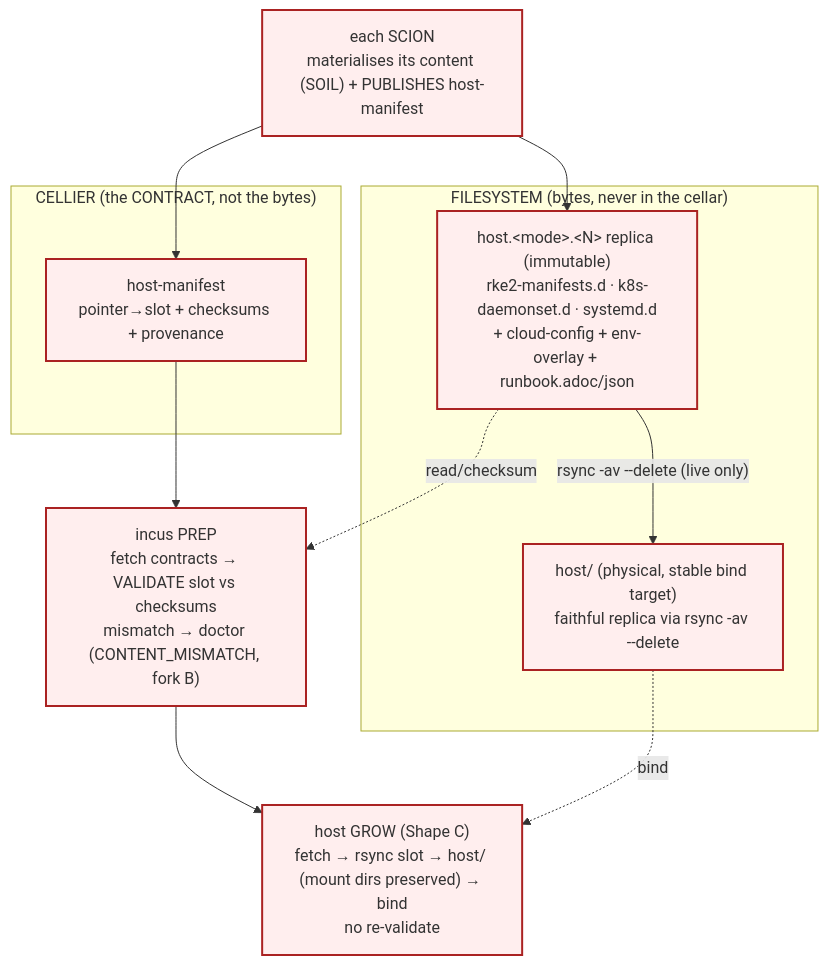
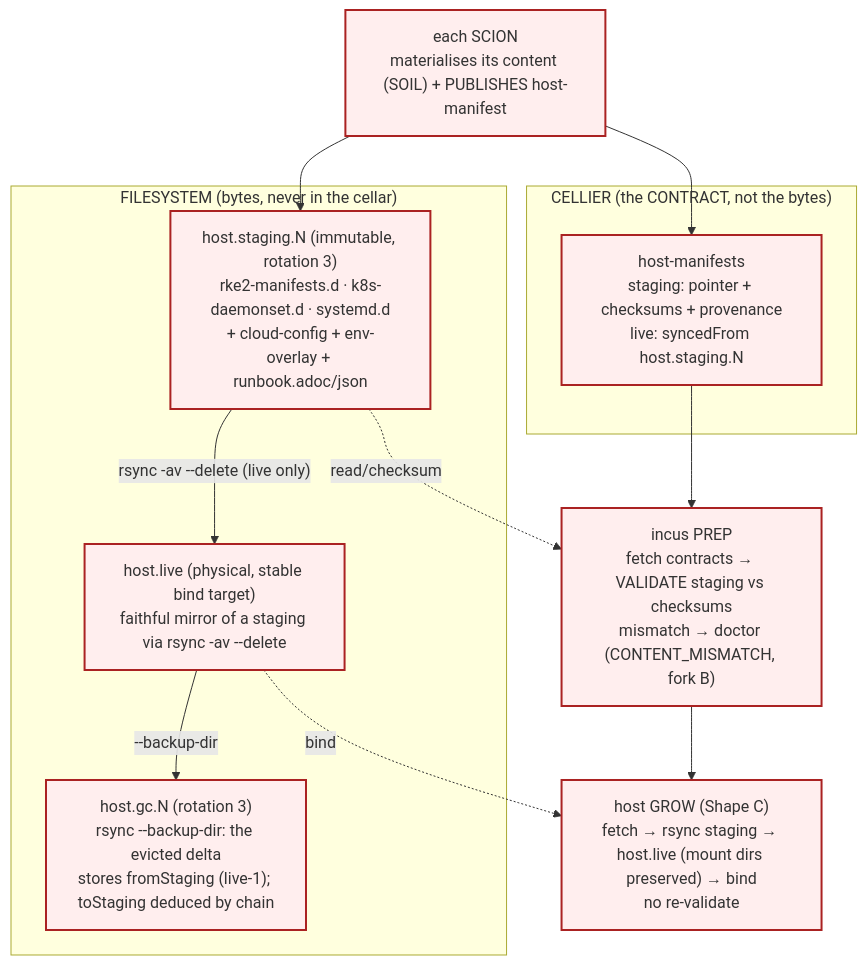
One commit to nxmatic/rke2lab changed the seventh of 7 diagrams in docs/architecture/atlas/seed.adoc. Above: the diagram before and after it, drawn with Mermaid. The commit also changed other lines of this file and 2 other files, not shown here.

First line of the commit message:
docs(host-cellar): the three fixed places — host.staging.N → host.live → host.gc.N

```diff
--- a/docs/architecture/atlas/seed.adoc
+++ b/docs/architecture/atlas/seed.adoc
@@ -531,24 +534,26 @@
 [mermaid]
 ....
 flowchart TB
   subgraph fs["FILESYSTEM (bytes, never in the cellar)"]
-    hn["host.&lt;mode&gt;.&lt;N&gt; replica (immutable)<br/>rke2-manifests.d · k8s-daemonset.d · systemd.d<br/>+ cloud-config + env-overlay + runbook.adoc/json"]
-    live["host/ (physical, stable bind target)<br/>faithful replica via rsync -av --delete"]
+    stg["host.staging.N (immutable, rotation 3)<br/>rke2-manifests.d · k8s-daemonset.d · systemd.d<br/>+ cloud-config + env-overlay + runbook.adoc/json"]
+    live["host.live (physical, stable bind target)<br/>faithful mirror of a staging via rsync -av --delete"]
+    gc["host.gc.N (rotation 3)<br/>rsync --backup-dir: the evicted delta<br/>stores fromStaging (live-1); toStaging deduced by chain"]
   end
   subgraph cel["CELLIER (the CONTRACT, not the bytes)"]
-    hm["host-manifest<br/>pointer→slot + checksums + provenance"]
+    hm["host-manifests<br/>staging: pointer + checksums + provenance<br/>live: syncedFrom host.staging.N"]
   end
   scion["each SCION<br/>materialises its content (SOIL) + PUBLISHES host-manifest"]
-  prep["incus PREP<br/>fetch contracts → VALIDATE slot vs checksums<br/>mismatch → doctor (CONTENT_MISMATCH, fork B)"]
-  grow["host GROW (Shape C)<br/>fetch → rsync slot → host/ (mount dirs preserved) → bind<br/>no re-validate"]
-  scion --> hn
+  prep["incus PREP<br/>fetch contracts → VALIDATE staging vs checksums<br/>mismatch → doctor (CONTENT_MISMATCH, fork B)"]
+  grow["host GROW (Shape C)<br/>fetch → rsync staging → host.live (mount dirs preserved) → bind<br/>no re-validate"]
+  scion --> stg
   scion --> hm
   hm --> prep
-  hn -. read/checksum .-> prep
+  stg -. read/checksum .-> prep
   prep --> grow
-  hn -->|"rsync -av --delete (live only)"| live
+  stg -->|"rsync -av --delete (live only)"| live
+  live -->|"--backup-dir"| gc
   live -. bind .-> grow
   classDef done fill:#dfd,stroke:#2a2;
   classDef todo fill:#fee,stroke:#a22,stroke-width:2px;
-  class scion,prep,grow,hn,hm,live todo;
+  class scion,prep,grow,stg,hm,live,gc todo;
 ....
```
